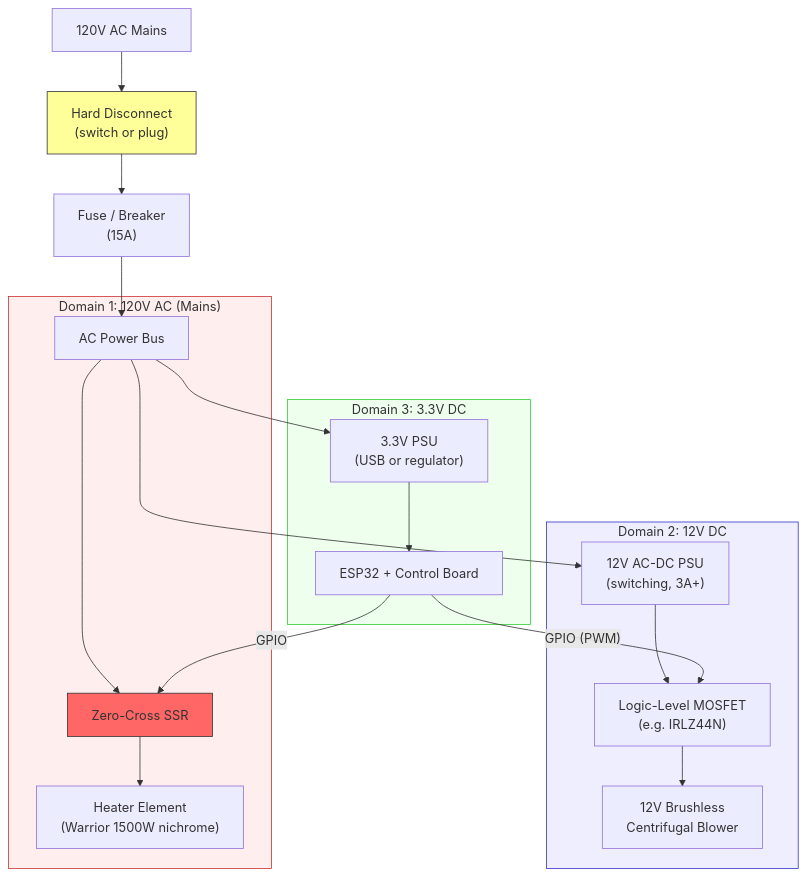
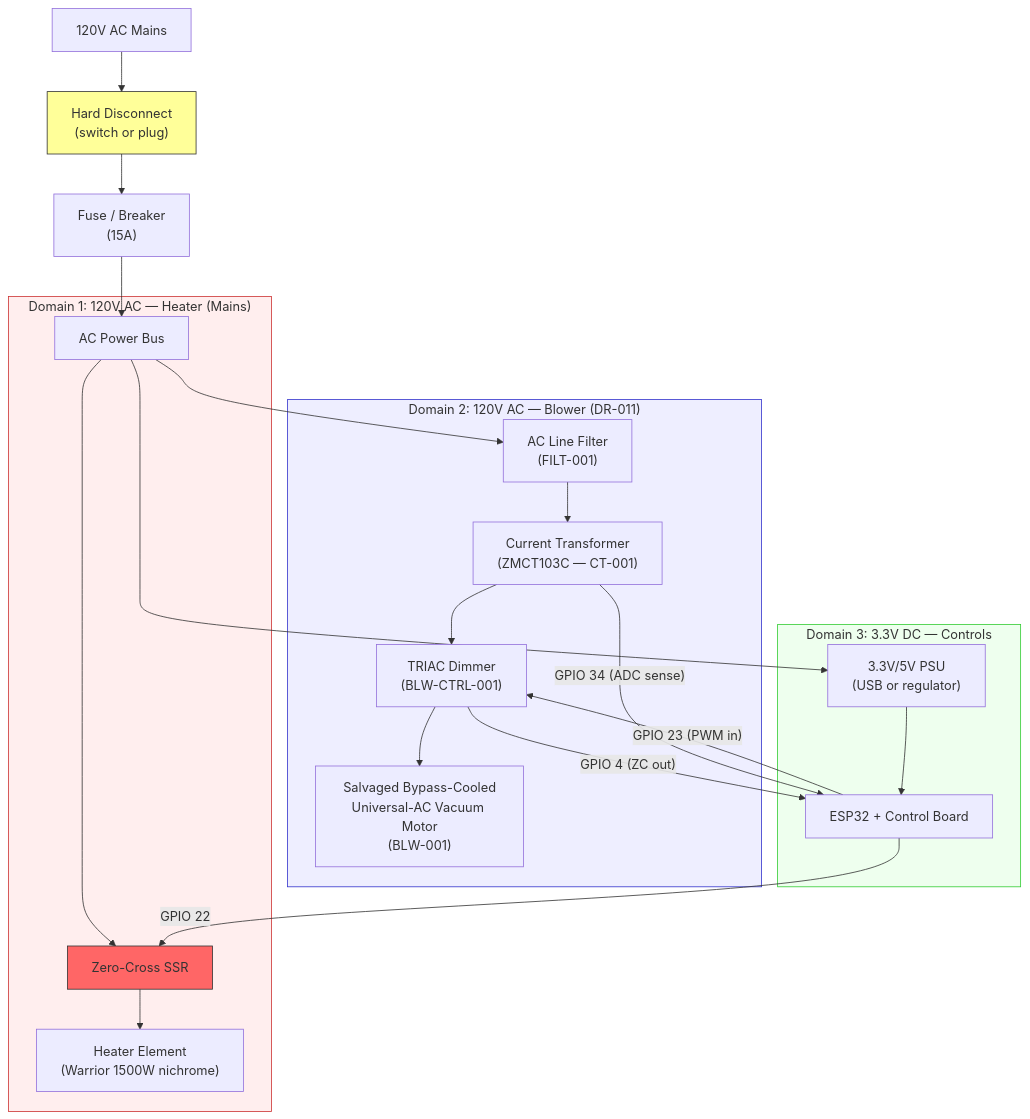
The second of 4 diagrams in docs/system/block-diagram.md (tom-jordan23/roaster), drawn with Mermaid before and after one commit. The commit also changed other lines of this file and 9 other files, not shown here.

````diff
--- a/docs/system/block-diagram.md
+++ b/docs/system/block-diagram.md
@@ -63,31 +63,34 @@
 ```mermaid
 flowchart TD
     MAINS["120V AC Mains"] --> DISC["Hard Disconnect\n(switch or plug)"]
     DISC --> FUSE["Fuse / Breaker\n(15A)"]
     FUSE --> BUS["AC Power Bus"]
 
-    subgraph DOMAIN1["Domain 1: 120V AC (Mains)"]
+    subgraph DOMAIN1["Domain 1: 120V AC — Heater (Mains)"]
         BUS --> SSR["Zero-Cross SSR"]
         SSR --> HTR["Heater Element\n(Warrior 1500W nichrome)"]
     end
 
-    subgraph DOMAIN2["Domain 2: 12V DC"]
-        BUS --> PSU12["12V AC-DC PSU\n(switching, 3A+)"]
-        PSU12 --> MOSFET["Logic-Level MOSFET\n(e.g. IRLZ44N)"]
-        MOSFET --> BLWR["12V Brushless\nCentrifugal Blower"]
+    subgraph DOMAIN2["Domain 2: 120V AC — Blower (DR-011)"]
+        BUS --> FILT["AC Line Filter\n(FILT-001)"]
+        FILT --> CT["Current Transformer\n(ZMCT103C — CT-001)"]
+        CT --> TRIAC["TRIAC Dimmer\n(BLW-CTRL-001)"]
+        TRIAC --> BLWR["Salvaged Bypass-Cooled\nUniversal-AC Vacuum Motor\n(BLW-001)"]
     end
 
-    subgraph DOMAIN3["Domain 3: 3.3V DC"]
-        BUS --> PSU3["3.3V PSU\n(USB or regulator)"]
+    subgraph DOMAIN3["Domain 3: 3.3V DC — Controls"]
+        BUS --> PSU3["3.3V/5V PSU\n(USB or regulator)"]
         PSU3 --> ESP["ESP32 + Control Board"]
     end
 
-    ESP -->|"GPIO (PWM)"| MOSFET
-    ESP -->|"GPIO"| SSR
+    ESP -->|"GPIO 23 (PWM in)"| TRIAC
+    TRIAC -->|"GPIO 4 (ZC out)"| ESP
+    CT -->|"GPIO 34 (ADC sense)"| ESP
+    ESP -->|"GPIO 22"| SSR
 
     style SSR fill:#f66,stroke:#333
     style DISC fill:#ff9,stroke:#333
     style DOMAIN1 fill:#fee,stroke:#c33
     style DOMAIN2 fill:#eef,stroke:#33c
     style DOMAIN3 fill:#efe,stroke:#3c3
 ```
````
